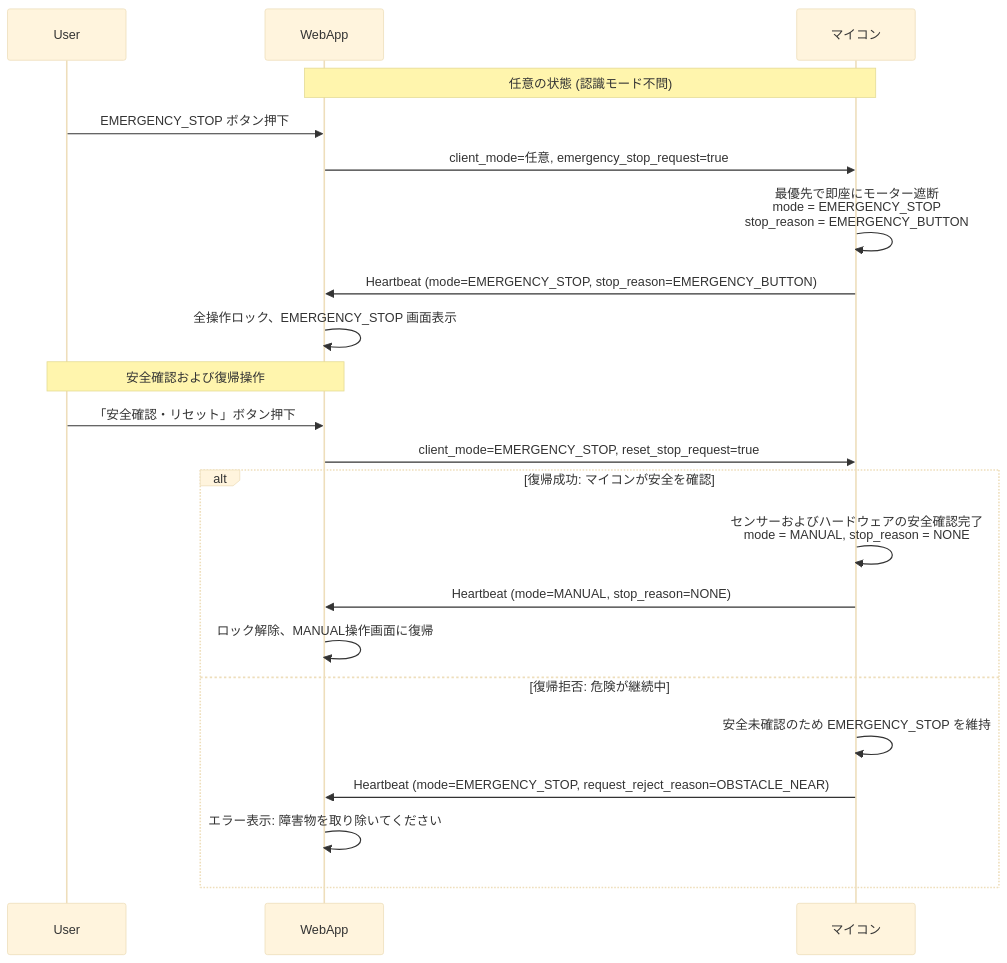
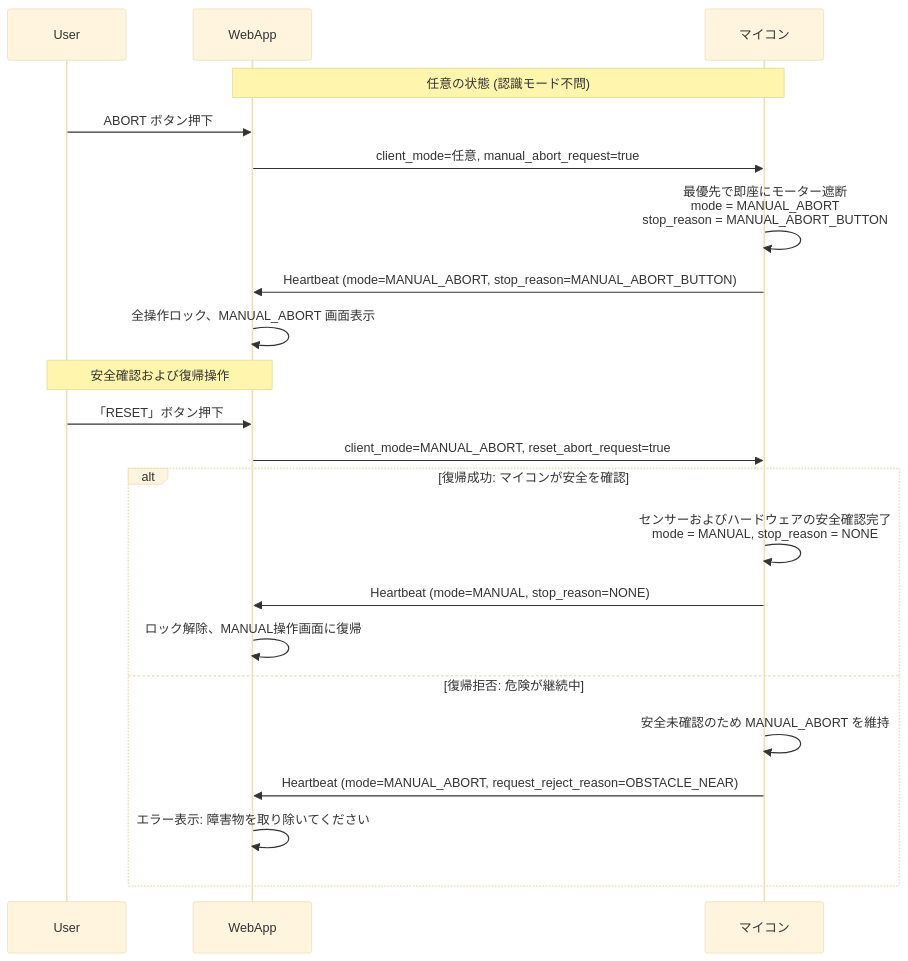
The fifth of 7 diagrams in docs/sequences.md (tut-cc/mini-4wd-webapp), drawn with Mermaid (base theme) before and after one commit. The commit also changed other lines of this file and 16 other files, not shown here.

Commit message:
refactor: rename SAFE_STOP/EMERGENCY_STOP to AUTO_ABORT/MANUAL_ABORT and update docs

````diff
--- a/docs/sequences.md
+++ b/docs/sequences.md
@@ -163,31 +163,31 @@
 ```mermaid
 sequenceDiagram
     participant U as User
     participant W as WebApp
     participant M as マイコン
 
     Note over W, M: 任意の状態 (認識モード不問)
 
-    U->>W: EMERGENCY_STOP ボタン押下
-    W->>M: client_mode=任意, emergency_stop_request=true
-    M->>M: 最優先で即座にモーター遮断<br/>mode = EMERGENCY_STOP<br/>stop_reason = EMERGENCY_BUTTON
+    U->>W: ABORT ボタン押下
+    W->>M: client_mode=任意, manual_abort_request=true
+    M->>M: 最優先で即座にモーター遮断<br/>mode = MANUAL_ABORT<br/>stop_reason = MANUAL_ABORT_BUTTON
 
-    M->>W: Heartbeat (mode=EMERGENCY_STOP, stop_reason=EMERGENCY_BUTTON)
-    W->>W: 全操作ロック、EMERGENCY_STOP 画面表示
+    M->>W: Heartbeat (mode=MANUAL_ABORT, stop_reason=MANUAL_ABORT_BUTTON)
+    W->>W: 全操作ロック、MANUAL_ABORT 画面表示
 
     Note over U, W: 安全確認および復帰操作
 
-    U->>W: 「安全確認・リセット」ボタン押下
-    W->>M: client_mode=EMERGENCY_STOP, reset_stop_request=true
+    U->>W: 「RESET」ボタン押下
+    W->>M: client_mode=MANUAL_ABORT, reset_abort_request=true
 
     alt 復帰成功: マイコンが安全を確認
         M->>M: センサーおよびハードウェアの安全確認完了<br/>mode = MANUAL, stop_reason = NONE
         M->>W: Heartbeat (mode=MANUAL, stop_reason=NONE)
         W->>W: ロック解除、MANUAL操作画面に復帰
 
     else 復帰拒否: 危険が継続中
-        M->>M: 安全未確認のため EMERGENCY_STOP を維持
-        M->>W: Heartbeat (mode=EMERGENCY_STOP, request_reject_reason=OBSTACLE_NEAR)
+        M->>M: 安全未確認のため MANUAL_ABORT を維持
+        M->>W: Heartbeat (mode=MANUAL_ABORT, request_reject_reason=OBSTACLE_NEAR)
         W->>W: エラー表示: 障害物を取り除いてください
     end
 ```
````
